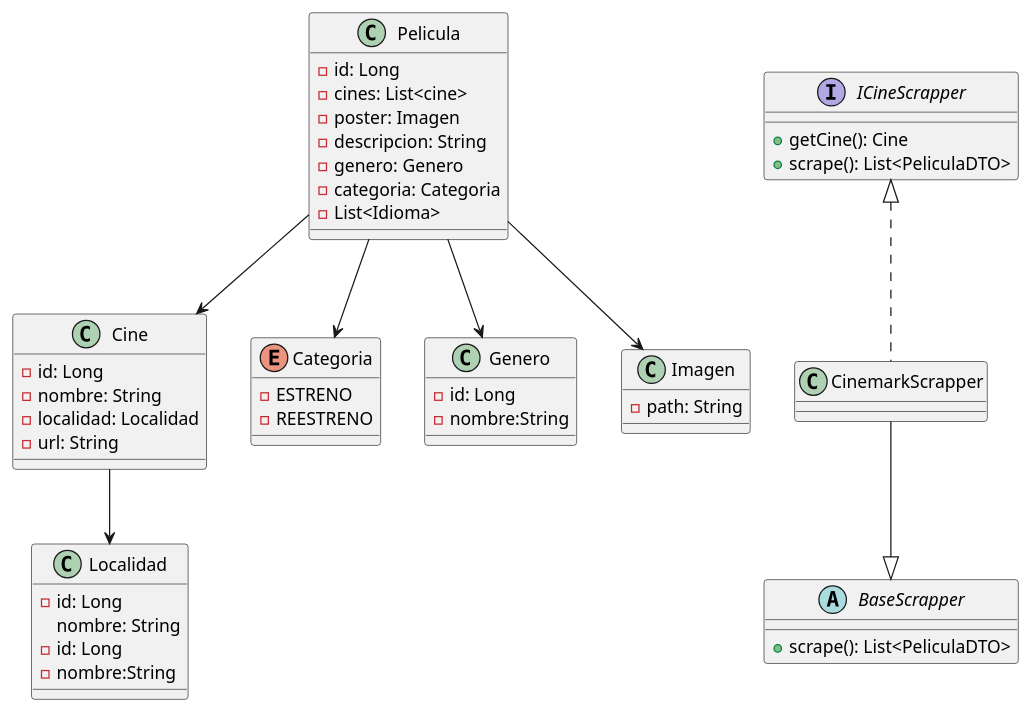
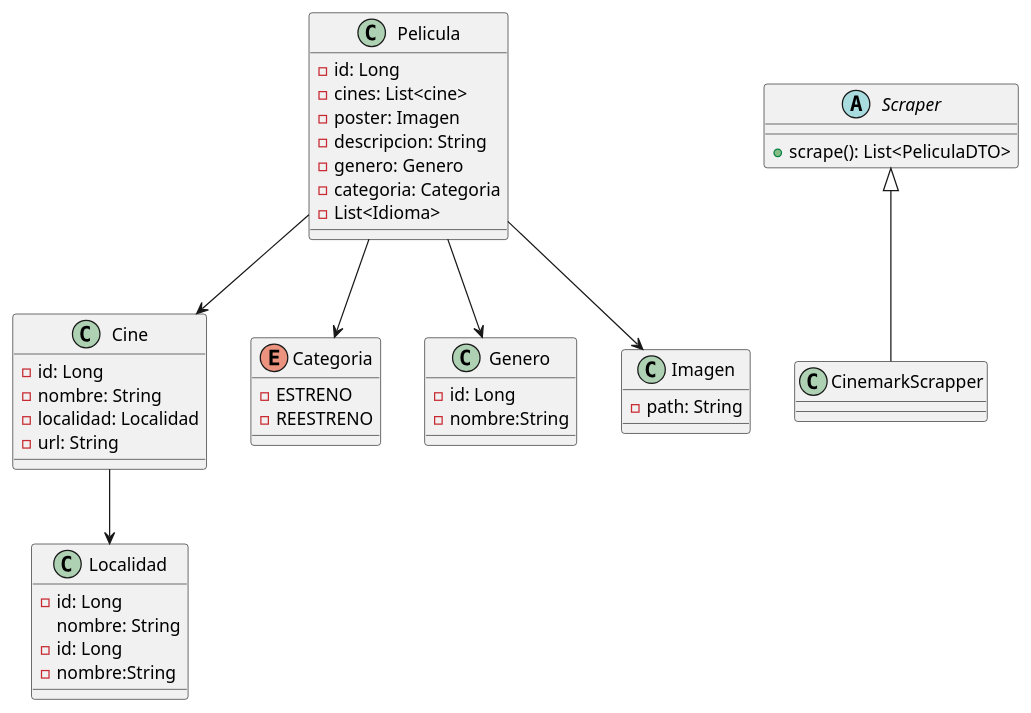
Before and after one commit to tomyleca/reestrenosArgentina: the diagram in scrapper/diagramaClases.puml, drawn with PlantUML. The commit also changed 27 other files, not shown here.

```diff
--- a/scrapper/diagramaClases.puml
+++ b/scrapper/diagramaClases.puml
@@ -1,68 +1,65 @@
 @startuml
 
 class Pelicula{
 -id: Long
 -cines: List<cine>
 -poster: Imagen
 -descripcion: String
 -genero: Genero
 -categoria: Categoria
 -List<Idioma>
 }
 
 
 class Cine{
 -id: Long
 -nombre: String
 -localidad: Localidad
 -url: String
 }
 
 class Localidad{
 -id: Long
 nombre: String
 }
 
 enum Categoria{
 -ESTRENO
 -REESTRENO
 }
 
 class Genero{
 -id: Long
 -nombre:String
 }
 
 class Localidad{
 -id: Long
 -nombre:String
 }
 
 class Imagen{
 -path: String
 }
 
-interface ICineScrapper{
-+getCine(): Cine
+
+
+abstract class Scraper{
 +scrape(): List<PeliculaDTO>
 }
 
-abstract class BaseScrapper{
-+scrape(): List<PeliculaDTO>
-}
-
-class CinemarkScrapper implements ICineScrapper{
+class CinemarkScrapper extends Scraper{
 
 }
 
 
 
 Pelicula --> Cine
 Pelicula --> Genero
 Pelicula --> Categoria
 Pelicula --> Imagen
 Cine --> Localidad
-CinemarkScrapper --|> BaseScrapper
+
 
 
 @enduml
```
